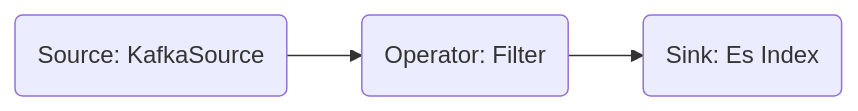
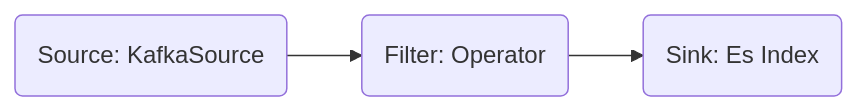
One commit to itinycheng/itinycheng.github.io changed the diagram in _draft/2019-12-08-flink-es-job's-task-always-killed-by-yarn.md. Above: the diagram before and after it, drawn with Mermaid. The commit also changed other lines of this file and 4 other files, not shown here.

````diff
--- a/_draft/2019-12-08-flink-es-job's-task-always-killed-by-yarn.md
+++ b/_draft/2019-12-08-flink-es-job's-task-always-killed-by-yarn.md
@@ -28,5 +28,5 @@
-```mermaid
-graph LR
-A(Source: KafkaSource) --> B(Operator: Filter)
-B --> C(Sink: Es Index)
-```
+  ```mermaid
+  graph LR
+  A(Source: KafkaSource) --> B(Filter: Operator)
+  B --> C(Sink: Es Index)
+  ```
````
